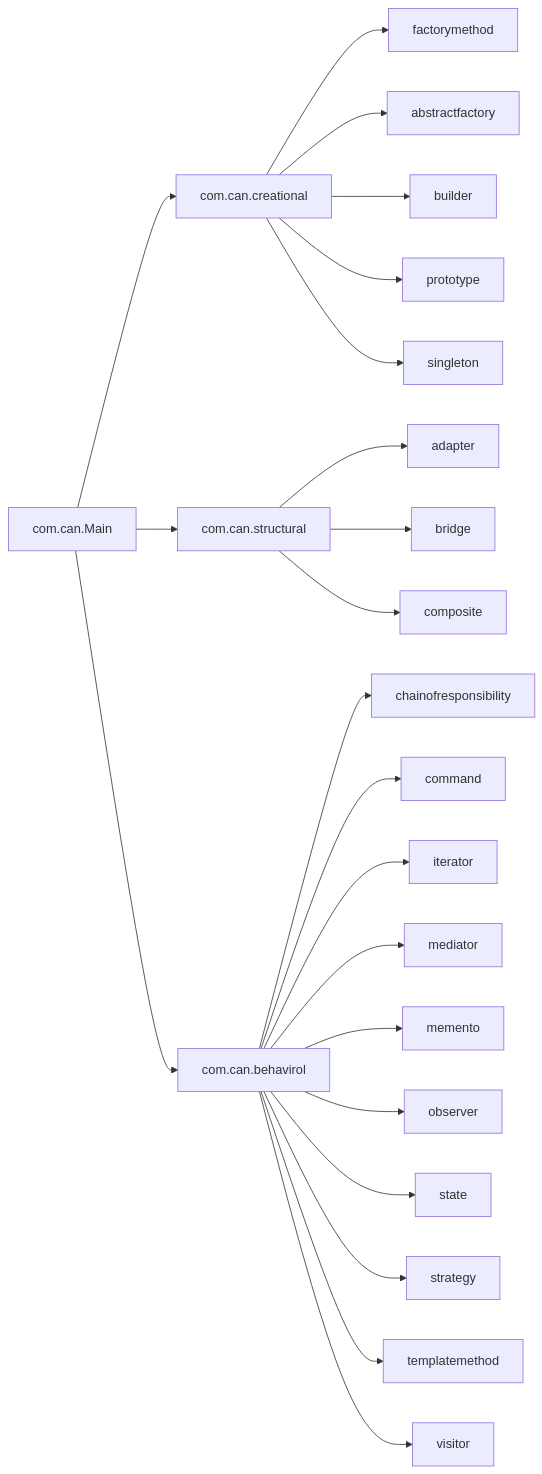
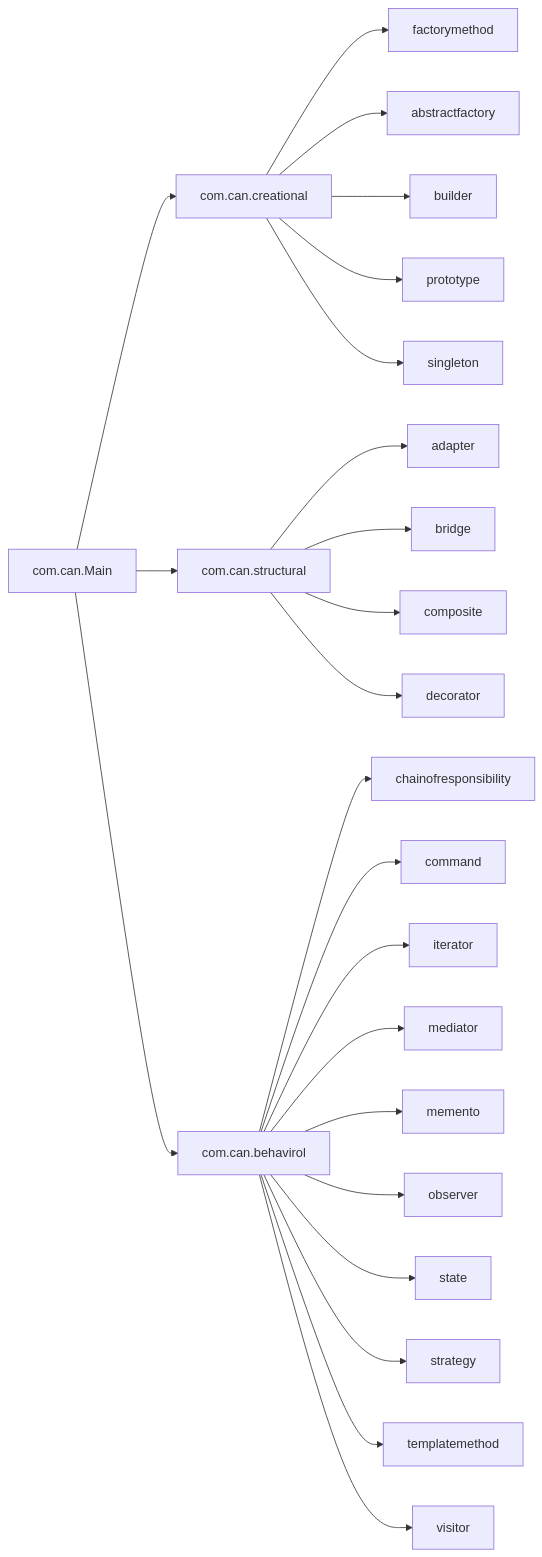
The second of 21 diagrams in BOOK.md (TunahanCan/design_pattern), drawn with Mermaid before and after one commit. The commit also changed other lines of this file and 10 other files, not shown here.

````diff
--- a/BOOK.md
+++ b/BOOK.md
@@ -98,27 +100,28 @@
 ```mermaid
 flowchart LR
     MAIN[com.can.Main] --> C[com.can.creational]
     MAIN --> S[com.can.structural]
     MAIN --> B[com.can.behavirol]
 
     C --> CFM[factorymethod]
     C --> CAF[abstractfactory]
     C --> CBU[builder]
     C --> CPR[prototype]
     C --> CSI[singleton]
 
     S --> SAD[adapter]
     S --> SBR[bridge]
     S --> SCO[composite]
+    S --> SDE[decorator]
 
     B --> BCO[chainofresponsibility]
     B --> BCM[command]
     B --> BIT[iterator]
     B --> BME[mediator]
     B --> BMM[memento]
     B --> BOB[observer]
     B --> BST[state]
     B --> BSG[strategy]
     B --> BTM[templatemethod]
     B --> BVI[visitor]
 ```
````
